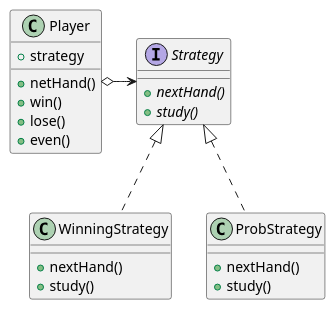
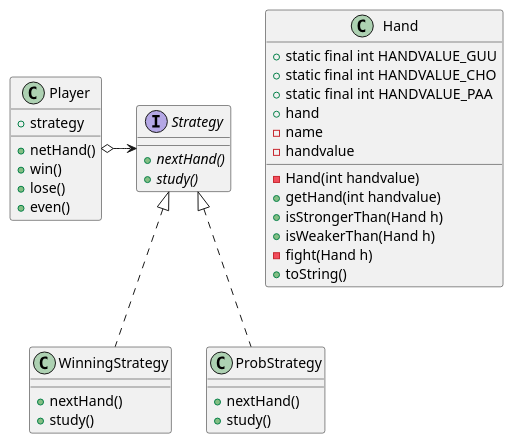
Before and after one commit to ku2ma2/design_pattern: the diagram in Strategy/README.md, drawn with PlantUML.

Commit message:
Improve README

````diff
--- a/Strategy/README.md
+++ b/Strategy/README.md
@@ -4,33 +4,48 @@
 ```uml
 @startuml
 
 class Player {
     +strategy
     +netHand()
     +win()
     +lose()
     +even()
 }
 
 interface Strategy {
     {abstract} +nextHand()
     {abstract} +study()
 }
 
 class WinningStrategy {
     +nextHand()
     +study()
 }
 
 class ProbStrategy {
     +nextHand()
     +study()
 }
 
+class Hand {
+    +static final int HANDVALUE_GUU
+    +static final int HANDVALUE_CHO
+    +static final int HANDVALUE_PAA
+    +hand
+    -name
+    -handvalue
+    -Hand(int handvalue)
+    +getHand(int handvalue)
+    +isStrongerThan(Hand h)
+    +isWeakerThan(Hand h)
+    -fight(Hand h)
+    +toString()
+}
+
 Player o-right-> Strategy
 WinningStrategy .up.|> Strategy
 ProbStrategy .up.|> Strategy
 
 
 @enduml
 ```
````
